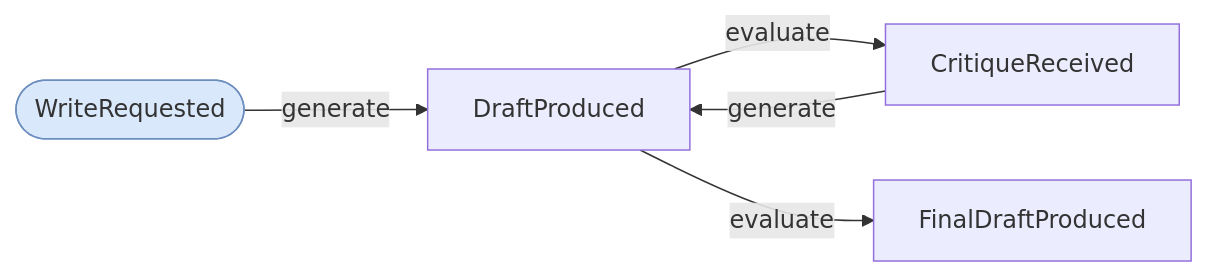
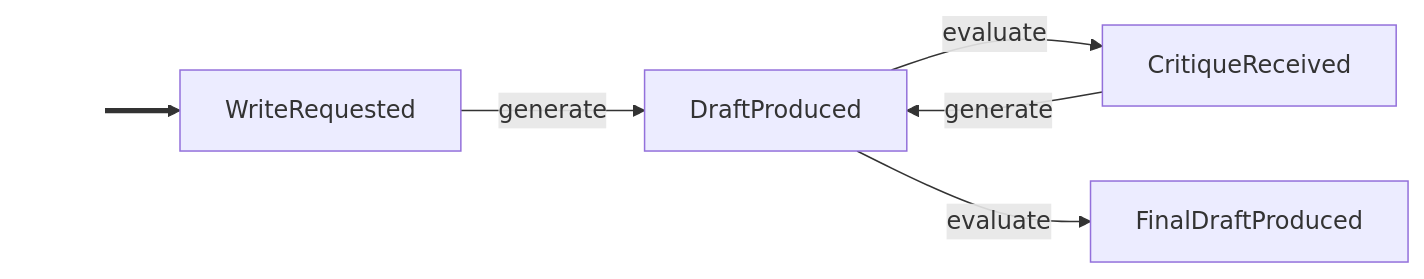
The diagram in examples/reflection_loop.graph.md (cadance-io/langgraph-events), drawn with Mermaid before and after one commit. The commit also changed 8 other files, not shown here.

First line of the commit message:
Replace seed event stadium shape with thick entry edge

````diff
--- a/examples/reflection_loop.graph.md
+++ b/examples/reflection_loop.graph.md
@@ -4,10 +4,10 @@
 ```mermaid
 graph LR
-    classDef seed fill:#dae8fc,stroke:#6c8ebf
-    WriteRequested([WriteRequested]):::seed
+    classDef entry fill:none,stroke:none,color:none
+    _e0_[ ]:::entry ==> WriteRequested
     WriteRequested -->|generate| DraftProduced
     CritiqueReceived -->|generate| DraftProduced
     DraftProduced -->|evaluate| CritiqueReceived
     DraftProduced -->|evaluate| FinalDraftProduced
 %% Side-effect handlers: audit_trail (Auditable)
 ```
````
